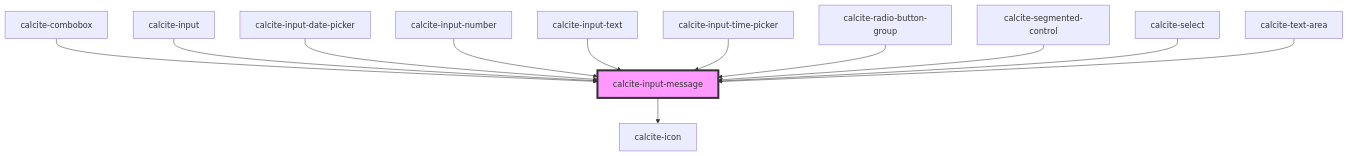
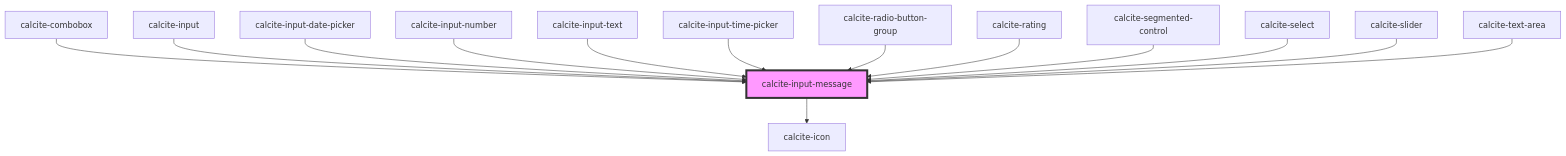
The diagram in packages/calcite-components/src/components/input-message/readme.md (Esri/calcite-design-system), drawn with Mermaid before and after one commit. The commit also changed other lines of this file and 25 other files, not shown here.

````diff
--- a/packages/calcite-components/src/components/input-message/readme.md
+++ b/packages/calcite-components/src/components/input-message/readme.md
@@ -49,15 +51,17 @@
 ```mermaid
 graph TD;
   calcite-input-message --> calcite-icon
   calcite-combobox --> calcite-input-message
   calcite-input --> calcite-input-message
   calcite-input-date-picker --> calcite-input-message
   calcite-input-number --> calcite-input-message
   calcite-input-text --> calcite-input-message
   calcite-input-time-picker --> calcite-input-message
   calcite-radio-button-group --> calcite-input-message
+  calcite-rating --> calcite-input-message
   calcite-segmented-control --> calcite-input-message
   calcite-select --> calcite-input-message
+  calcite-slider --> calcite-input-message
   calcite-text-area --> calcite-input-message
   style calcite-input-message fill:#f9f,stroke:#333,stroke-width:4px
 ```
````
